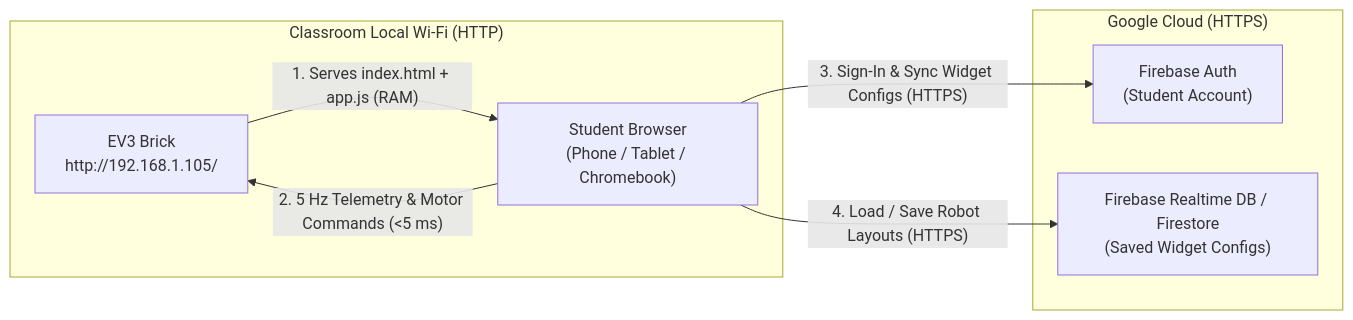
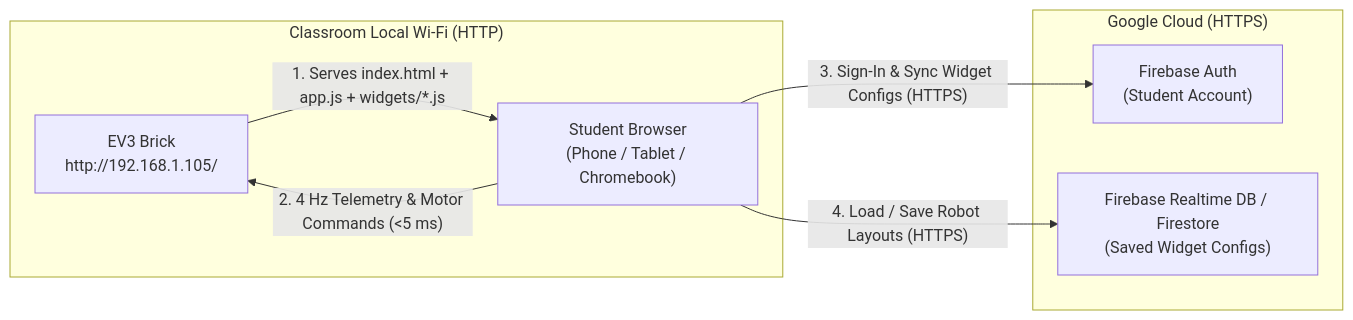
The diagram in FIREBASE.md (salamanders/ev3_next), drawn with Mermaid before and after one commit. The commit also changed other lines of this file and 8 other files, not shown here.

````diff
--- a/FIREBASE.md
+++ b/FIREBASE.md
@@ -16,17 +16,17 @@
 ```mermaid
 flowchart LR
     subgraph Local_LAN ["Classroom Local Wi-Fi (HTTP)"]
         EV3["EV3 Brick\nhttp://192.168.1.105/"]
         Browser["Student Browser\n(Phone / Tablet / Chromebook)"]
     end
 
     subgraph Cloud ["Google Cloud (HTTPS)"]
         FBAuth["Firebase Auth\n(Student Account)"]
         FBDB["Firebase Realtime DB / Firestore\n(Saved Widget Configs)"]
     end
 
-    EV3 -- "1. Serves index.html + app.js (RAM)" --> Browser
-    Browser -- "2. 5 Hz Telemetry & Motor Commands (<5 ms)" --> EV3
+    EV3 -- "1. Serves index.html + app.js + widgets/*.js" --> Browser
+    Browser -- "2. 4 Hz Telemetry & Motor Commands (<5 ms)" --> EV3
     Browser -- "3. Sign-In & Sync Widget Configs (HTTPS)" --> FBAuth
     Browser -- "4. Load / Save Robot Layouts (HTTPS)" --> FBDB
 ```
````
